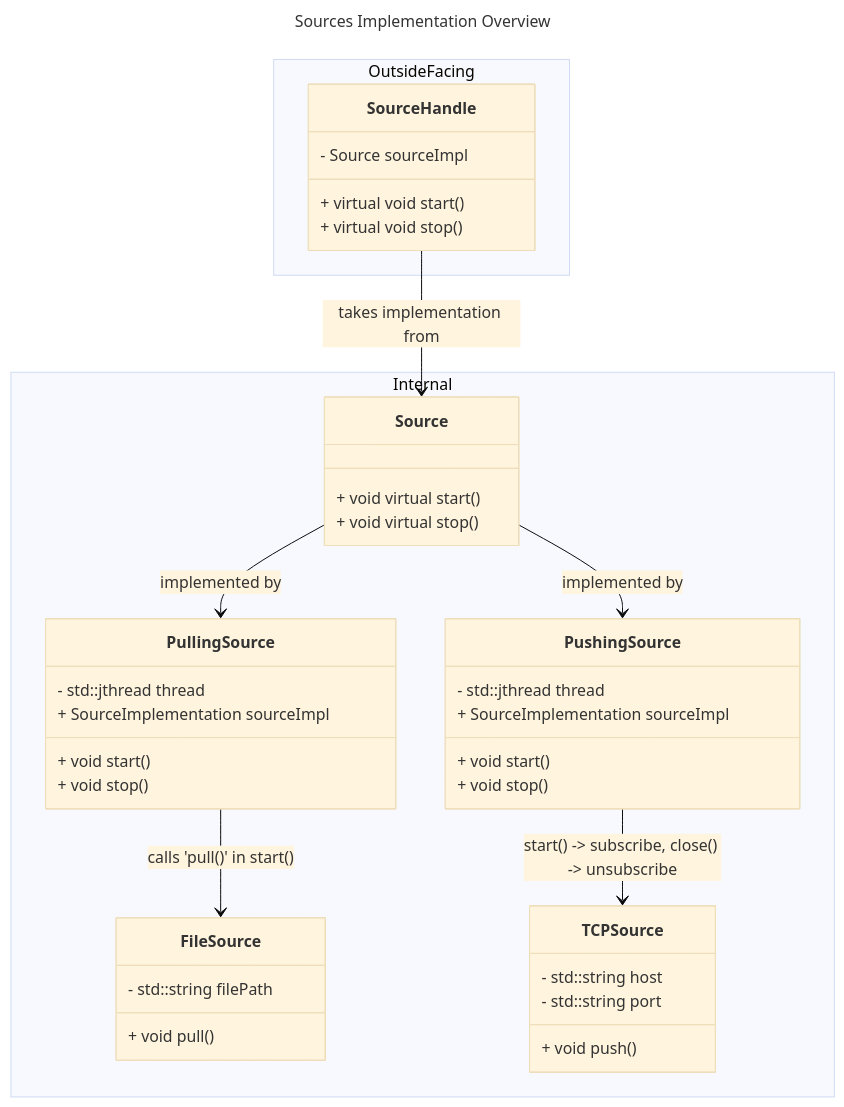
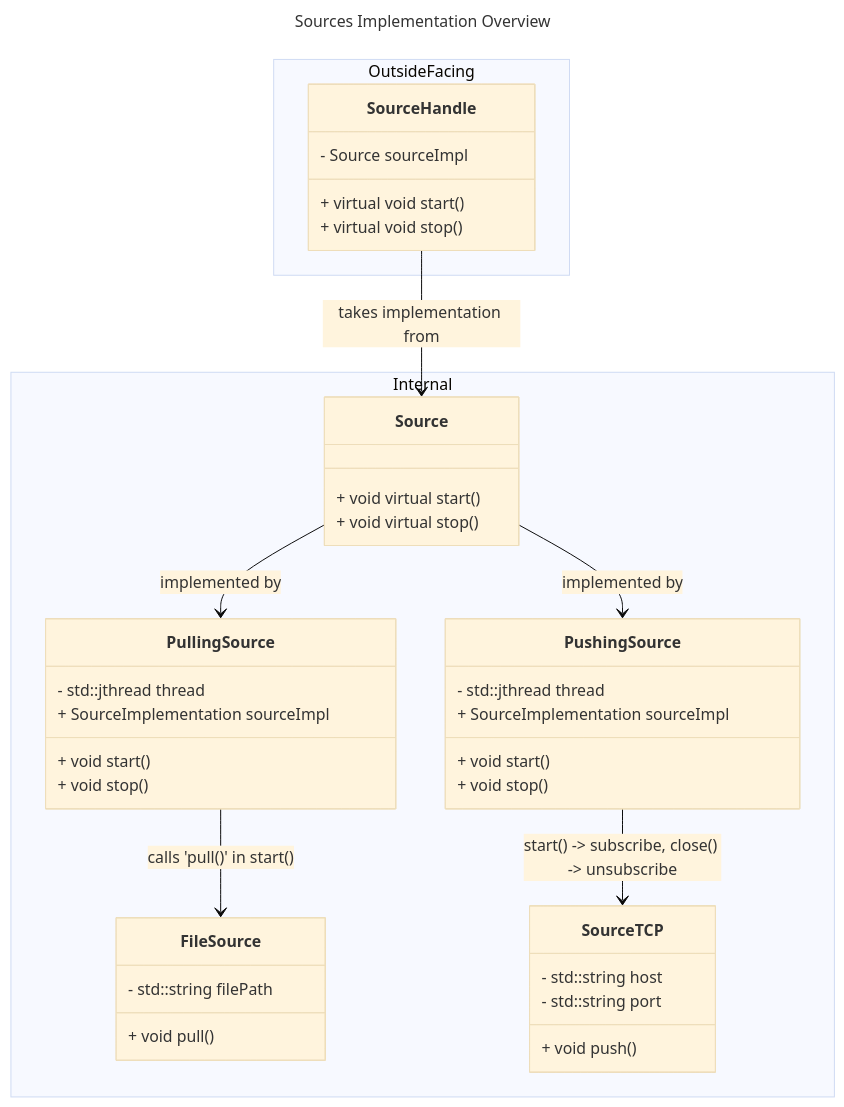
Before and after one commit to nebulastream/nebulastream: the first of 4 diagrams in nes-sources/src/ClassHierarchy.md, drawn with Mermaid (base theme). The commit also changed other lines of this file and 47 other files, not shown here.

````diff
--- a/nes-sources/src/ClassHierarchy.md
+++ b/nes-sources/src/ClassHierarchy.md
@@ -7,51 +7,51 @@
 ```mermaid
 ---
 title: Sources Implementation Overview
 ---
 classDiagram
     SourceHandle --> Source : takes implementation from
     Source --> PullingSource : implemented by
     Source --> PushingSource : implemented by
     PullingSource --> FileSource : calls 'pull()' in start()
-    PushingSource --> TCPSource : start() -> subscribe, close() -> unsubscribe
+    PushingSource --> SourceTCP : start() -> subscribe, close() -> unsubscribe
 
     namespace OutsideFacing {
         class SourceHandle {
             - Source sourceImpl
             + virtual void start()
             + virtual void stop()
         }
     }
     
     namespace Internal {
         class Source {
             + void virtual start()
             + void virtual stop()
         }
         
         class PullingSource {
             + void start()
             + void stop()
             - std::jthread thread
             + SourceImplementation sourceImpl
         }
         
         class PushingSource {
             + void start()
             + void stop()
             - std::jthread thread
             + SourceImplementation sourceImpl
         }
         
         class FileSource {
             + void pull()
             - std::string filePath
         }
         
-        class TCPSource {
+        class SourceTCP {
             + void push()
             - std::string host
             - std::string port
         }
     }
 ```
````
